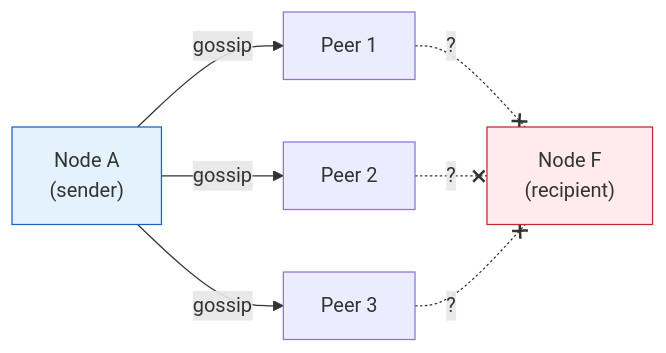
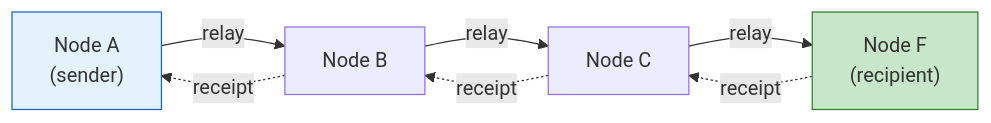
One commit to piratecash/corsa changed the first of 15 diagrams in docs/roadmap.md. Above: the diagram before and after it, drawn with Mermaid. The commit also changed other lines of this file and 18 other files, not shown here.

Commit message:
feat(mesh): harden relay — bounded state, per-peer rate limiting, admission control, integration tests

````diff
--- a/docs/roadmap.md
+++ b/docs/roadmap.md
@@ -60,12 +62,10 @@
 ```mermaid
 graph LR
-    A["Node A<br/>(sender)"] -->|gossip| P1["Peer 1"]
-    A -->|gossip| P2["Peer 2"]
-    A -->|gossip| P3["Peer 3"]
-    P1 -.-x|"?"| F["Node F<br/>(recipient)"]
-    P2 -.-x|"?"| F
-    P3 -.-x|"?"| F
+    A["Node A<br/>(sender)"] -->|relay| B["Node B"]
+    B -->|relay| C["Node C"]
+    C -->|relay| F["Node F<br/>(recipient)"]
+    F -.->|receipt| C -.->|receipt| B -.->|receipt| A
 
     style A fill:#e3f2fd,stroke:#1565c0
-    style F fill:#ffebee,stroke:#c62828
+    style F fill:#c8e6c9,stroke:#2e7d32
 ```
````
